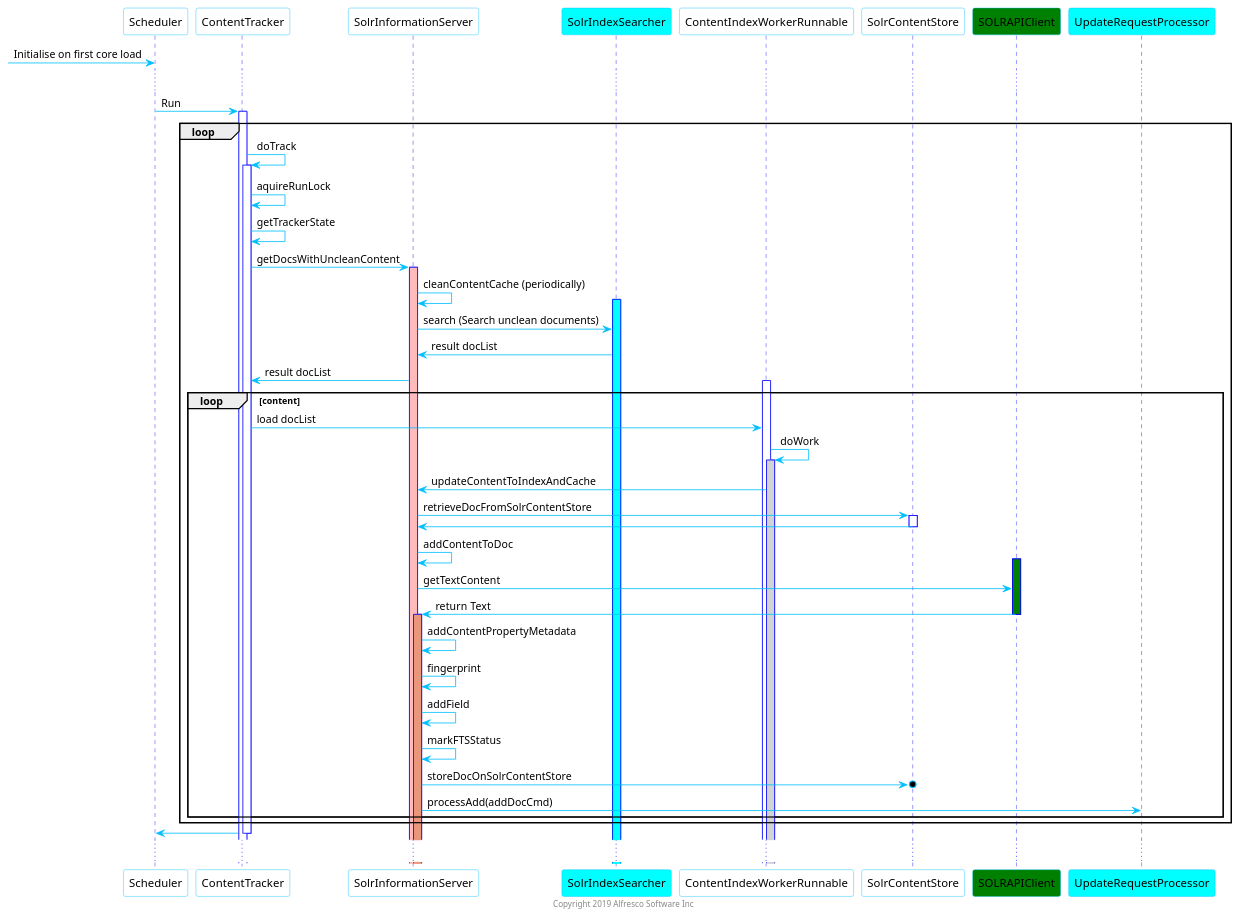
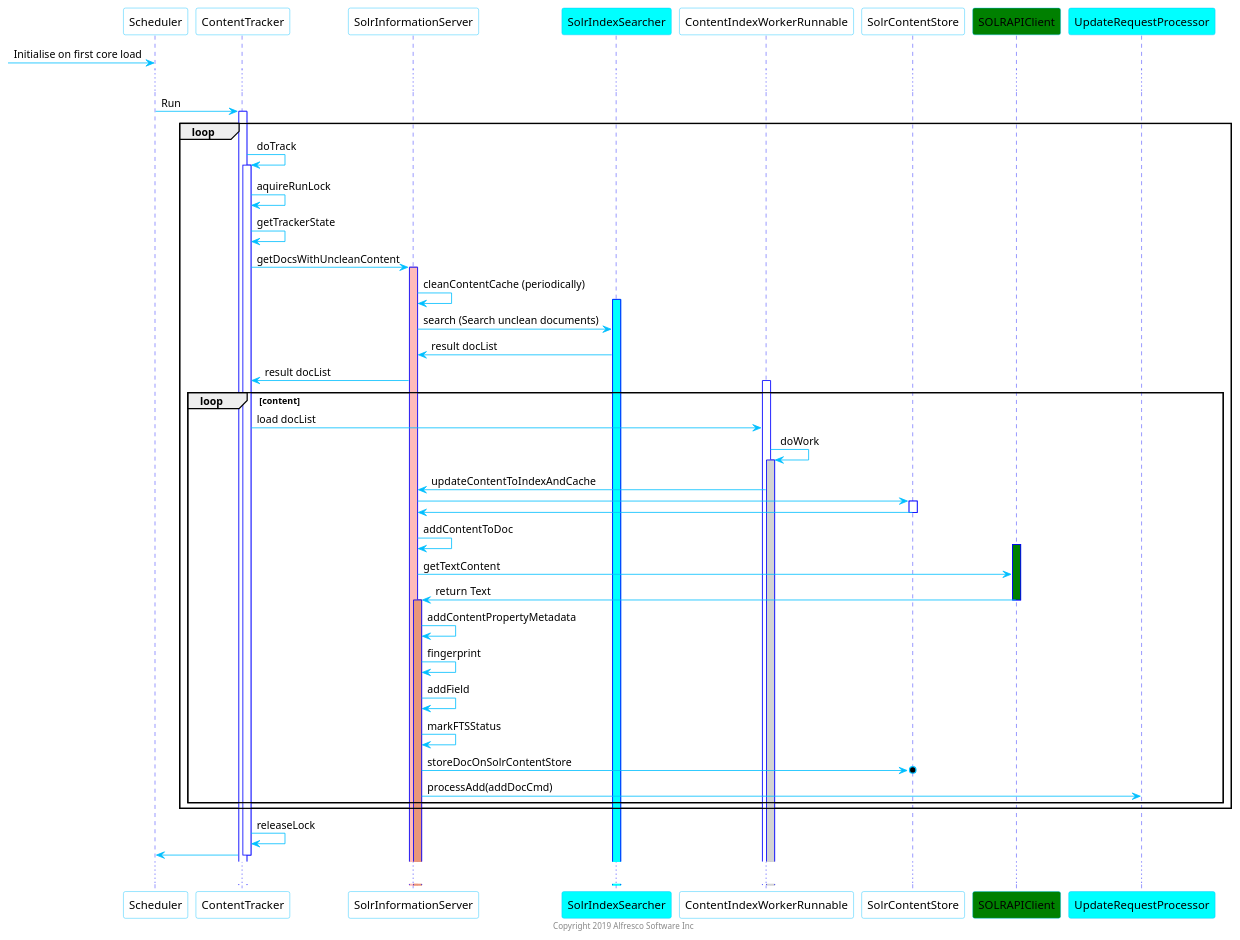
The diagram in search-services/alfresco-search/doc/architecture/AsyncContentTracker/sequence-ContentTracker.puml (Alfresco/SearchServices), drawn with PlantUML before and after one commit. The commit also changed 1 other file, not shown here.

Commit message:
SEARCH-1719, amend as per toms feedback and upload V2 design of AsyncContentTracker

```diff
--- a/search-services/alfresco-search/doc/architecture/AsyncContentTracker/sequence-ContentTracker.puml
+++ b/search-services/alfresco-search/doc/architecture/AsyncContentTracker/sequence-ContentTracker.puml
@@ -1,60 +1,61 @@
 @startuml
 skinparam  sequence  {
 	ArrowColor DeepSkyBlue
 	ActorBorderColor DeepSkyBlue
 	LifeLineBorderColor blue
 	ParticipantBorderColor DeepSkyBlue
 	ParticipantBackgroundColor white
 }
 
  [-> Scheduler : Initialise on first core load
 
  ...
  Scheduler -> ContentTracker: Run
  activate ContentTracker
  loop  
  	
     ContentTracker -> ContentTracker: doTrack
     activate ContentTracker
     ContentTracker -> ContentTracker: aquireRunLock
     ContentTracker -> ContentTracker: getTrackerState
     ContentTracker -> SolrInformationServer: getDocsWithUncleanContent
     activate SolrInformationServer  #FFBBBB
     SolrInformationServer -> SolrInformationServer: cleanContentCache (periodically)
     participant SolrIndexSearcher  #aqua
     activate SolrIndexSearcher #aqua
     SolrInformationServer -> SolrIndexSearcher: search (Search unclean documents)
     SolrIndexSearcher -> SolrInformationServer: result docList
     ContentTracker <- SolrInformationServer: result docList
     loop content
        activate ContentIndexWorkerRunnable
        ContentTracker -> ContentIndexWorkerRunnable: load docList
        ContentIndexWorkerRunnable -> ContentIndexWorkerRunnable: doWork
        activate ContentIndexWorkerRunnable #lightgrey
        ContentIndexWorkerRunnable -> SolrInformationServer: updateContentToIndexAndCache
-       SolrInformationServer -> SolrContentStore: retrieveDocFromSolrContentStore
+       SolrInformationServer -> SolrContentStore:  
        activate SolrContentStore
        SolrContentStore -> SolrInformationServer
        deactivate SolrContentStore
        SolrInformationServer -> SolrInformationServer: addContentToDoc
        participant SOLRAPIClient  #green
        activate SOLRAPIClient  #green
        SolrInformationServer -> SOLRAPIClient: getTextContent
        SolrInformationServer <- SOLRAPIClient: return Text
        deactivate SOLRAPIClient
        activate SolrInformationServer #DarkSalmon
        SolrInformationServer -> SolrInformationServer:addContentPropertyMetadata 
        SolrInformationServer -> SolrInformationServer:fingerprint
        SolrInformationServer -> SolrInformationServer:addField
        SolrInformationServer -> SolrInformationServer:markFTSStatus
        SolrInformationServer ->o  SolrContentStore:storeDocOnSolrContentStore
        participant UpdateRequestProcessor  #aqua
        SolrInformationServer -> UpdateRequestProcessor:processAdd(addDocCmd)
     end
 end    
+ ContentTracker -> ContentTracker:releaseLock
  ContentTracker -> Scheduler
  deactivate ContentTracker
 ...
  center footer Copyright 2019 Alfresco Software Inc
  
  @enduml
```
